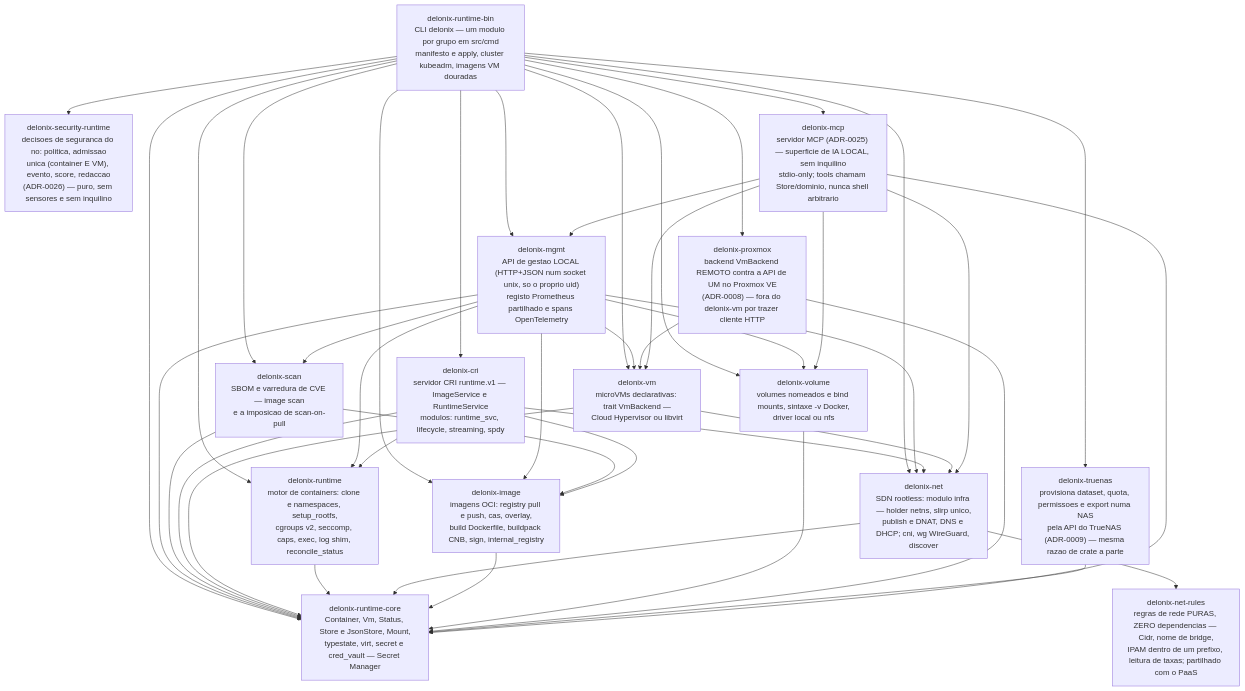
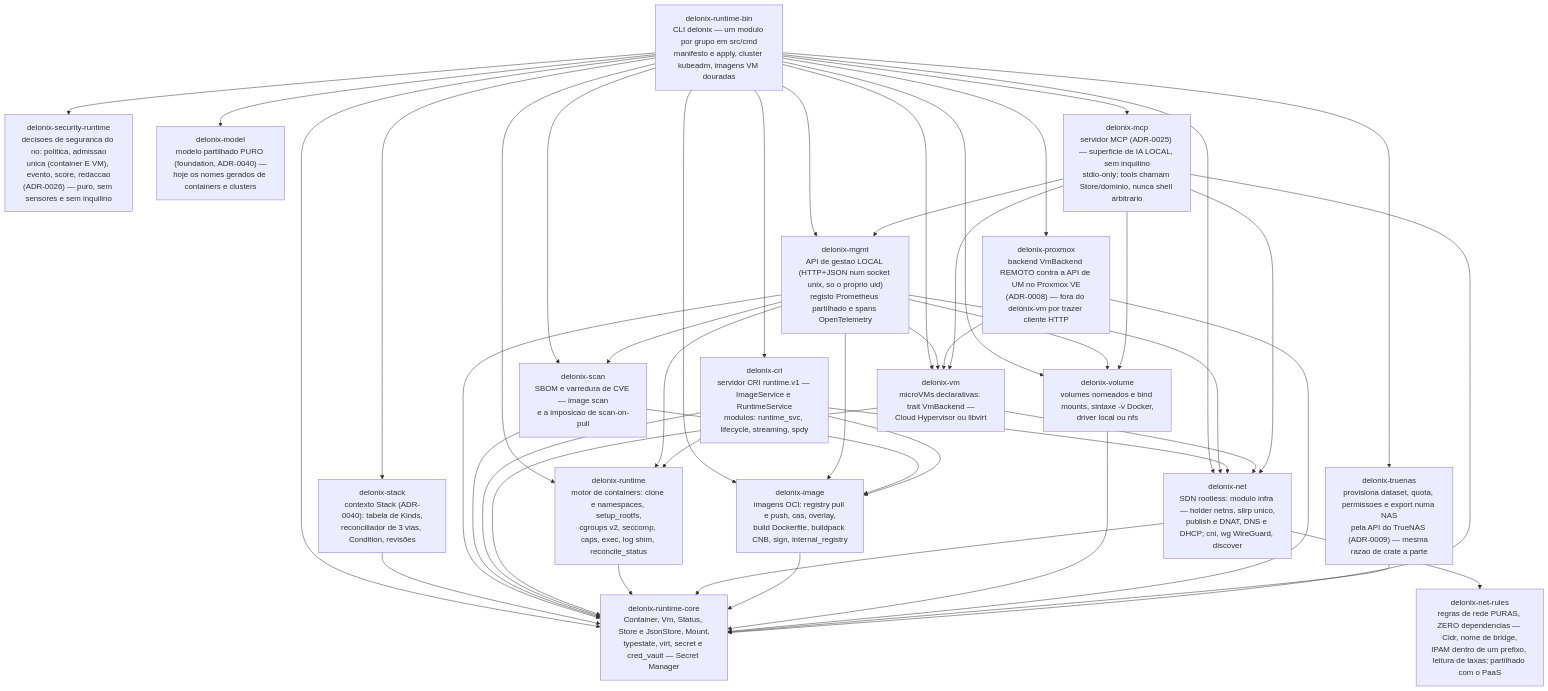
Before and after one commit to angolardevops/delonix-runtime: the third of 7 diagrams in ARCHITECTURE.md, drawn with Mermaid. The commit also changed other lines of this file and 3 other files, not shown here.

First line of the commit message:
docs(P2a): ARCHITECTURE.md e AGENTS.md nomeiam os dois crates novos e contam 17

````diff
--- a/ARCHITECTURE.md
+++ b/ARCHITECTURE.md
@@ -137,67 +137,72 @@
 ```mermaid
 graph TB
     BIN["delonix-runtime-bin<br>CLI delonix — um modulo por grupo em src/cmd<br>manifesto e apply, cluster kubeadm, imagens VM douradas"]
     CRI["delonix-cri<br>servidor CRI runtime.v1 — ImageService e RuntimeService<br>modulos: runtime_svc, lifecycle, streaming, spdy"]
     RT["delonix-runtime<br>motor de containers: clone e namespaces, setup_rootfs,<br>cgroups v2, seccomp, caps, exec, log shim, reconcile_status"]
     NET["delonix-net<br>SDN rootless: modulo infra — holder netns, slirp unico,<br>publish e DNAT, DNS e DHCP; cni, wg WireGuard, discover"]
     IMG["delonix-image<br>imagens OCI: registry pull e push, cas, overlay,<br>build Dockerfile, buildpack CNB, sign, internal_registry"]
     VM2["delonix-vm<br>microVMs declarativas: trait VmBackend —<br>Cloud Hypervisor ou libvirt"]
     VOL["delonix-volume<br>volumes nomeados e bind mounts, sintaxe -v Docker,<br>driver local ou nfs"]
     CORE["delonix-runtime-core<br>Container, Vm, Status, Store e JsonStore, Mount,<br>typestate, virt, secret e cred_vault — Secret Manager"]
     MGMT["delonix-mgmt<br>API de gestao LOCAL (HTTP+JSON num socket unix, so o proprio uid)<br>registo Prometheus partilhado e spans OpenTelemetry"]
     SCAN["delonix-scan<br>SBOM e varredura de CVE — image scan<br>e a imposicao de scan-on-pull"]
     SEC["delonix-security-runtime<br>decisoes de seguranca do no: politica, admissao<br>unica (container E VM), evento, score, redaccao<br>(ADR-0026) — puro, sem sensores e sem inquilino"]
     RULES["delonix-net-rules<br>regras de rede PURAS, ZERO dependencias — Cidr, nome de bridge,<br>IPAM dentro de um prefixo, leitura de taxas; partilhado com o PaaS"]
     PVE["delonix-proxmox<br>backend VmBackend REMOTO contra a API de UM no Proxmox VE<br>(ADR-0008) — fora do delonix-vm por trazer cliente HTTP"]
     NAS["delonix-truenas<br>provisiona dataset, quota, permissoes e export numa NAS<br>pela API do TrueNAS (ADR-0009) — mesma razao de crate a parte"]
+    MODEL["delonix-model<br>modelo partilhado PURO (foundation, ADR-0040) —<br>hoje os nomes gerados de containers e clusters"]
+    STACK["delonix-stack<br>contexto Stack (ADR-0040): tabela de Kinds,<br>reconciliador de 3 vias, Condition, revisões"]
     MCP["delonix-mcp<br>servidor MCP (ADR-0025) — superficie de IA LOCAL, sem inquilino<br>stdio-only; tools chamam Store/dominio, nunca shell arbitrario"]
 
     BIN --> RT
     BIN --> IMG
     BIN --> VM2
     BIN --> VOL
     BIN --> NET
     BIN --> CORE
     BIN --> CRI
     BIN --> MGMT
     BIN --> SCAN
     BIN --> SEC
     BIN --> PVE
     BIN --> NAS
     BIN --> MCP
+    BIN --> MODEL
+    BIN --> STACK
+    STACK --> CORE
 
     MGMT --> RT
     MGMT --> IMG
     MGMT --> VM2
     MGMT --> VOL
     MGMT --> NET
     MGMT --> SCAN
     MGMT --> CORE
 
     SCAN --> IMG
     SCAN --> CORE
 
     CRI --> RT
     CRI --> IMG
     CRI --> NET
     CRI --> CORE
 
     VM2 --> NET
     VM2 --> CORE
 
     RT --> CORE
     NET --> CORE
     IMG --> CORE
     VOL --> CORE
 
     NET --> RULES
     PVE --> VM2
     PVE --> CORE
     NAS --> CORE
 
     MCP --> CORE
     MCP --> VM2
     MCP --> VOL
     MCP --> NET
     MCP --> MGMT
 ```
````
